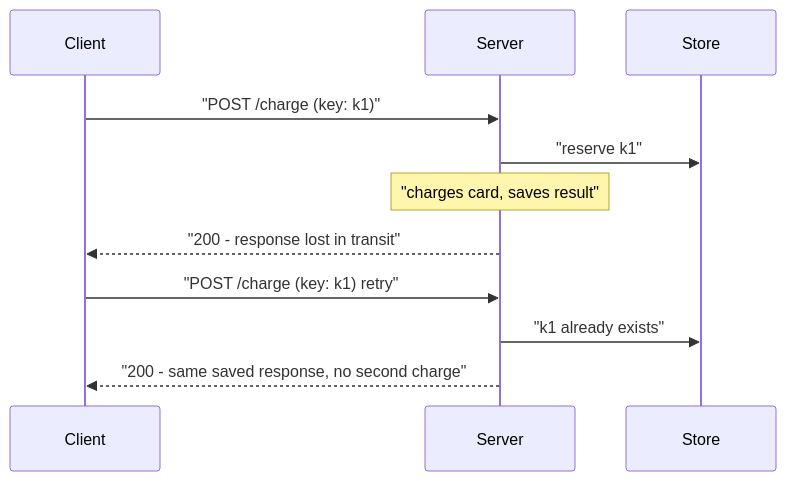
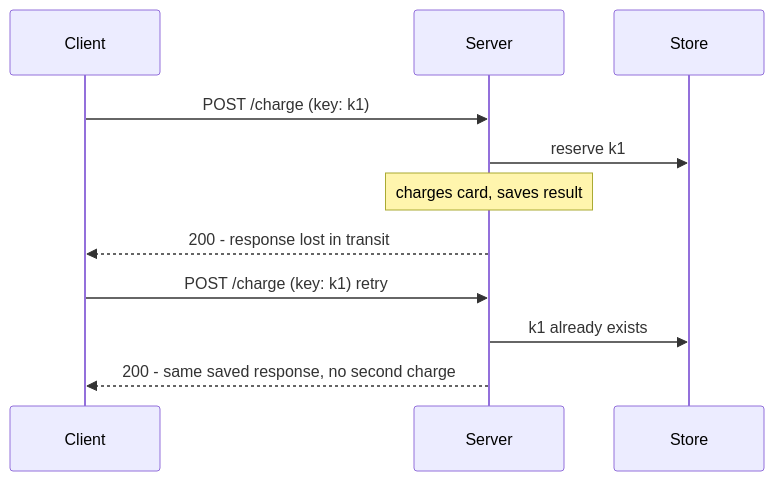
The diagram in phases/06-distributed-systems/idempotency-and-retries.md (Shettysai/prepperly-content), drawn with Mermaid before and after one commit. The commit also changed 9 other files, not shown here.

First line of the commit message:
Fix quote marks rendering literally in sequence diagrams

````diff
--- a/phases/06-distributed-systems/idempotency-and-retries.md
+++ b/phases/06-distributed-systems/idempotency-and-retries.md
@@ -47,13 +47,13 @@
 ```mermaid
 sequenceDiagram
   participant C as Client
   participant S as Server
   participant D as Store
-  C->>S: "POST /charge (key: k1)"
-  S->>D: "reserve k1"
-  Note over S: "charges card, saves result"
-  S-->>C: "200 - response lost in transit"
-  C->>S: "POST /charge (key: k1) retry"
-  S->>D: "k1 already exists"
-  S-->>C: "200 - same saved response, no second charge"
+  C->>S: POST /charge (key: k1)
+  S->>D: reserve k1
+  Note over S: charges card, saves result
+  S-->>C: 200 - response lost in transit
+  C->>S: POST /charge (key: k1) retry
+  S->>D: k1 already exists
+  S-->>C: 200 - same saved response, no second charge
 ```
````
